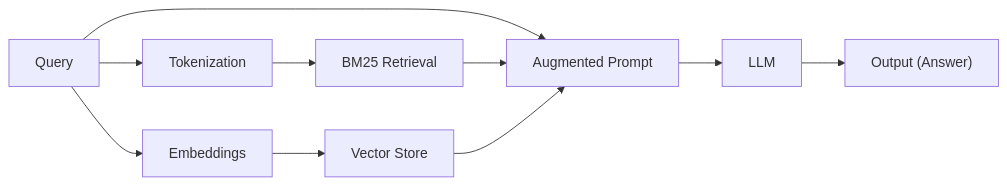
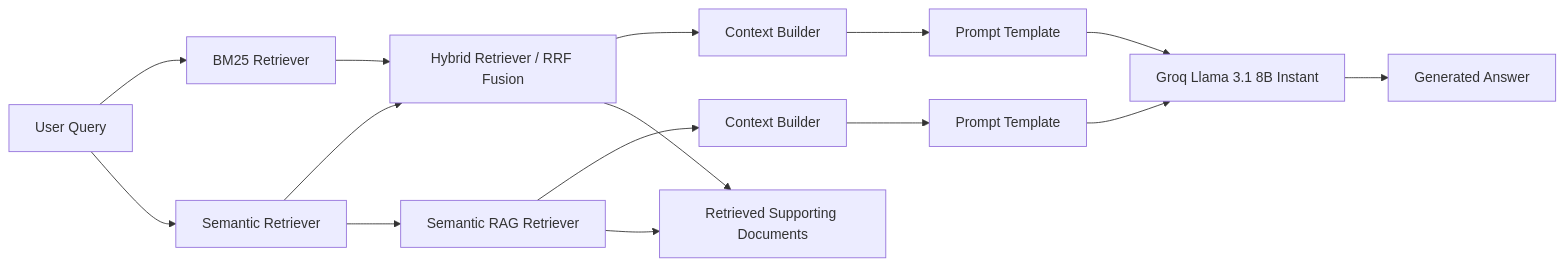
Before and after one commit to Omo6969/hybrid-rag-review-assistant: the diagram in README.md, drawn with Mermaid. The commit also changed other lines of this file, not shown here.

````diff
--- a/README.md
+++ b/README.md
@@ -30,15 +43,22 @@
 ```mermaid
 flowchart LR
-    Q[Query] --> T[Tokenization]
-    Q --> E[Embeddings]
-    Q --> AP[Augmented Prompt]
+    Q[User Query] --> R1[BM25 Retriever]
+    Q --> R2[Semantic Retriever]
+    R1 --> H[Hybrid Retriever / RRF Fusion]
+    R2 --> H
+    R2 --> S[Semantic RAG Retriever]
 
-    T --> B[BM25 Retrieval]
-    E --> VS[Vector Store]
+    S --> C1[Context Builder]
+    H --> C2[Context Builder]
 
-    B --> AP
-    VS --> AP
+    C1 --> P1[Prompt Template]
+    C2 --> P2[Prompt Template]
 
-    AP --> LLM[LLM]
-    LLM --> O["Output (Answer)"]
+    P1 --> LLM[Groq Llama 3.1 8B Instant]
+    P2 --> LLM
+
+    LLM --> A[Generated Answer]
+    H --> D[Retrieved Supporting Documents]
+    S --> D
+
 ```
````
